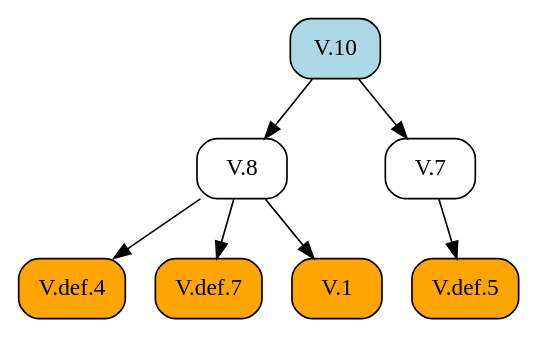
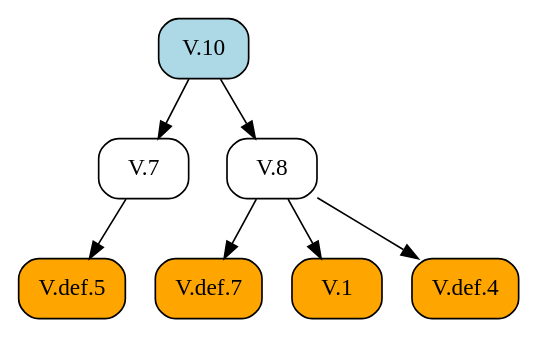
The diagram in docsrc/elements2/V/10/index.rst (geometor/elements), drawn with Graphviz before and after one commit. The commit also changed other lines of this file and 409 other files, not shown here.

First line of the commit message:
feat: Add image cropping and graphic extraction script

```diff
--- a/docsrc/elements2/V/10/index.rst
+++ b/docsrc/elements2/V/10/index.rst
@@ -76,19 +76,19 @@
 .. graphviz::
 
    digraph {
      rankdir="TB";
      node [shape=box, style=rounded];
+     "V.def.7" [style="rounded,filled", fillcolor=orange, URL="/elements2/V/def.7/", target="_top"];
+     "V.def.5" [style="rounded,filled", fillcolor=orange, URL="/elements2/V/def.5/", target="_top"];
+     "V.1" [style="rounded,filled", fillcolor=orange, URL="/elements2/V/1/", target="_top"];
+     "V.7" [URL="/elements2/V/7/", target="_top"];
+     "V.10" [style="rounded,filled", fillcolor=lightblue, URL="/elements2/V/10/", target="_top"];
      "V.8" [URL="/elements2/V/8/", target="_top"];
      "V.def.4" [style="rounded,filled", fillcolor=orange, URL="/elements2/V/def.4/", target="_top"];
-     "V.10" [style="rounded,filled", fillcolor=lightblue, URL="/elements2/V/10/", target="_top"];
-     "V.def.7" [style="rounded,filled", fillcolor=orange, URL="/elements2/V/def.7/", target="_top"];
-     "V.1" [style="rounded,filled", fillcolor=orange, URL="/elements2/V/1/", target="_top"];
-     "V.7" [URL="/elements2/V/7/", target="_top"];
-     "V.def.5" [style="rounded,filled", fillcolor=orange, URL="/elements2/V/def.5/", target="_top"];
+     "V.8" -> "V.def.7";
+     "V.7" -> "V.def.5";
+     "V.8" -> "V.1";
+     "V.10" -> "V.7";
      "V.10" -> "V.8";
      "V.8" -> "V.def.4";
-     "V.8" -> "V.def.7";
-     "V.8" -> "V.1";
-     "V.10" -> "V.7";
-     "V.7" -> "V.def.5";
    }
```
